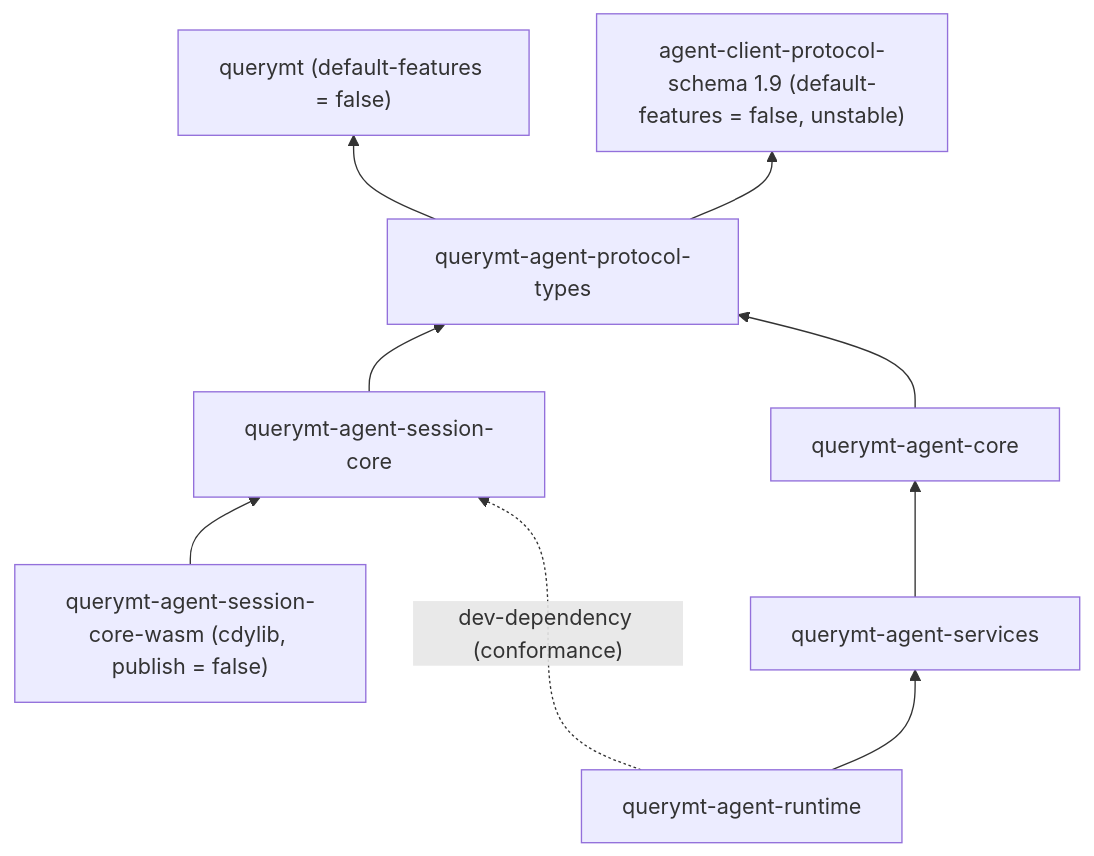
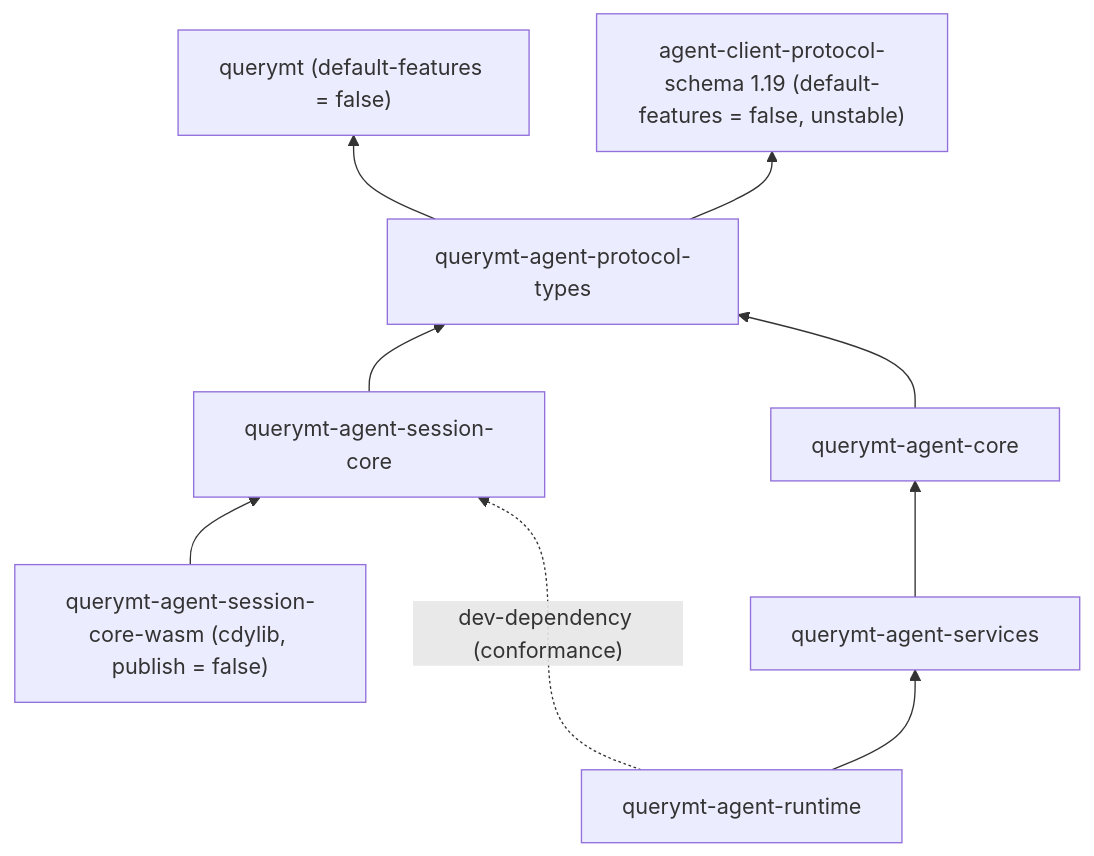
One commit to querymt/querymt changed the diagram in openspec/changes/add-agent-session-core/design.md. Above: the diagram before and after it, drawn with Mermaid. The commit also changed other lines of this file and 18 other files, not shown here.

````diff
--- a/openspec/changes/add-agent-session-core/design.md
+++ b/openspec/changes/add-agent-session-core/design.md
@@ -45,19 +48,19 @@
 ```mermaid
 flowchart BT
   qmt["querymt (default-features = false)"]
-  acps["agent-client-protocol-schema 1.9 (default-features = false, unstable)"]
+  acps["agent-client-protocol-schema 1.19 (default-features = false, unstable)"]
   apt["querymt-agent-protocol-types"]
   asc["querymt-agent-session-core"]
   wasm["querymt-agent-session-core-wasm (cdylib, publish = false)"]
   core["querymt-agent-core"]
   svc["querymt-agent-services"]
   rt["querymt-agent-runtime"]
   apt --> qmt
   apt --> acps
   asc --> apt
   wasm --> asc
   core --> apt
   svc --> core
   rt --> svc
   rt -. "dev-dependency (conformance)" .-> asc
 ```
````
